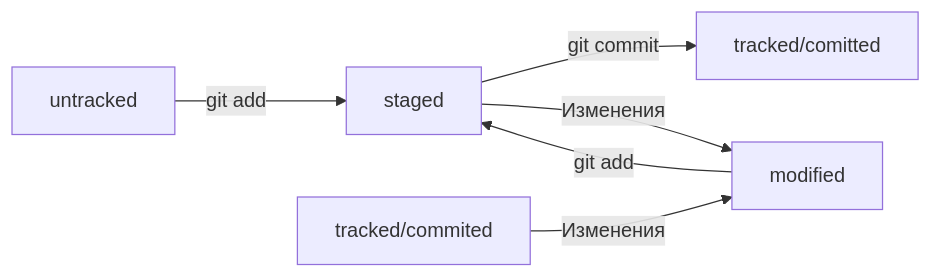
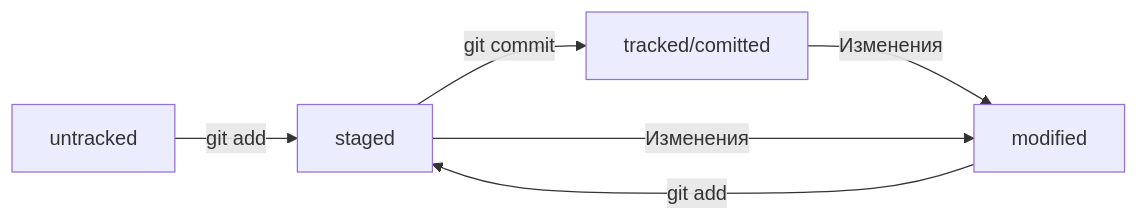
The diagram in readme.md (Arto18/git-learning), drawn with Mermaid before and after one commit.

Commit message:
Изменить схему README

````diff
--- a/readme.md
+++ b/readme.md
@@ -284,8 +284,8 @@
 ```mermaid
 	graph LR;
 		untracked -- "git add" --> staged;
   		staged    -- "git commit"     --> tracked/comitted;
-		tracked/commited -- "Изменения" --> modified;
+		tracked/comitted -- "Изменения" --> modified;
 		modified -- "git add" --> staged;
 		staged -- "Изменения" --> modified;
 ```
````
